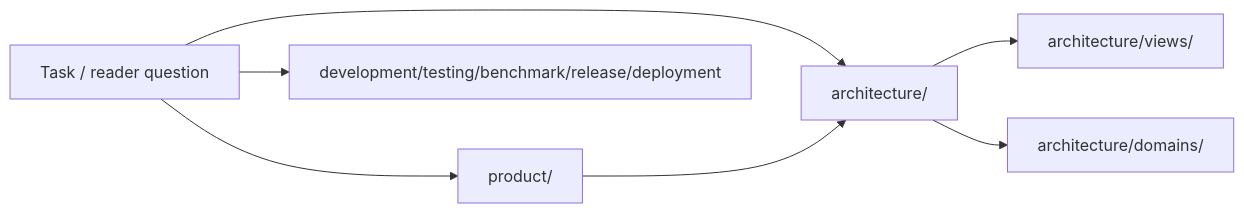
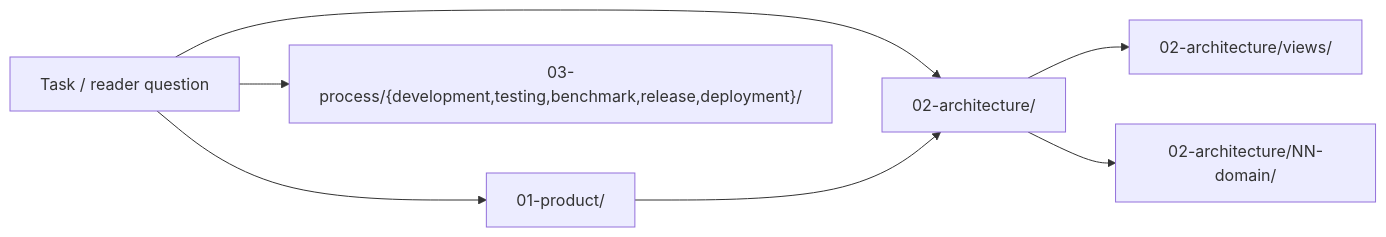
One commit to huangpufan/SSOT-SKILL changed the diagram in skills/ssot-bootstrap/assets/templates/en/ssot-readme.md. Above: the diagram before and after it, drawn with Mermaid. The commit also changed other lines of this file and 61 other files, not shown here.

````diff
--- a/skills/ssot-bootstrap/assets/templates/en/ssot-readme.md
+++ b/skills/ssot-bootstrap/assets/templates/en/ssot-readme.md
@@ -36,9 +36,9 @@
 ```mermaid
 flowchart LR
-  start["Task / reader question"] --> arch["architecture/"]
-  start --> product["product/"]
-  start --> ops["development/testing/benchmark/release/deployment"]
+  start["Task / reader question"] --> arch["02-architecture/"]
+  start --> product["01-product/"]
+  start --> ops["03-process/{development,testing,benchmark,release,deployment}/"]
   product --> arch
-  arch --> views["architecture/views/"]
-  arch --> domains["architecture/domains/"]
+  arch --> views["02-architecture/views/"]
+  arch --> domains["02-architecture/NN-domain/"]
 ```
````
